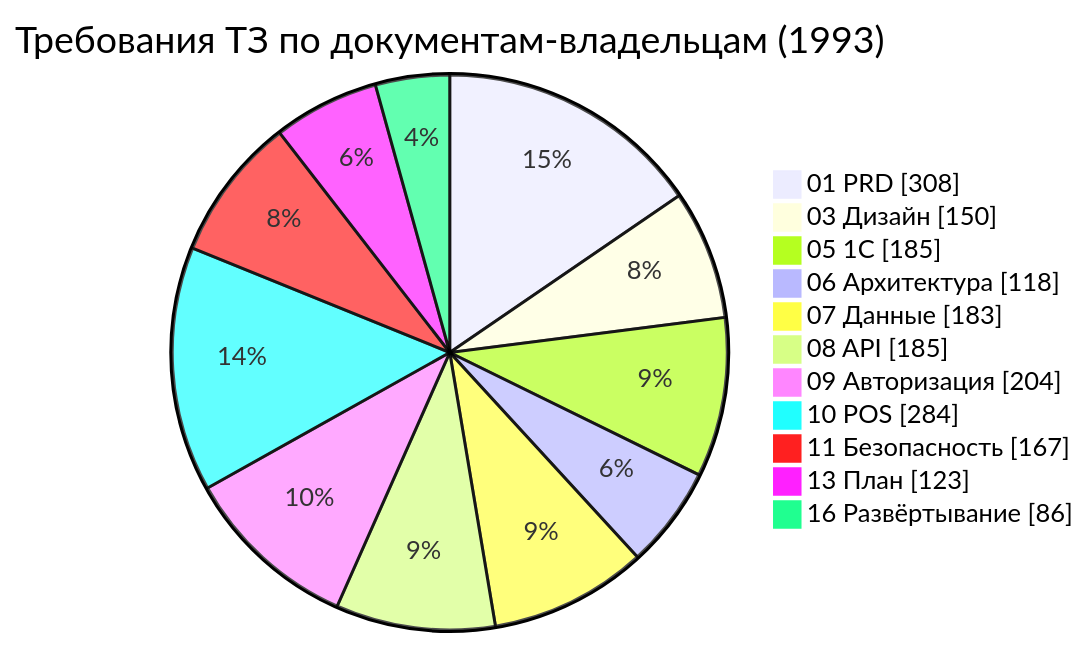
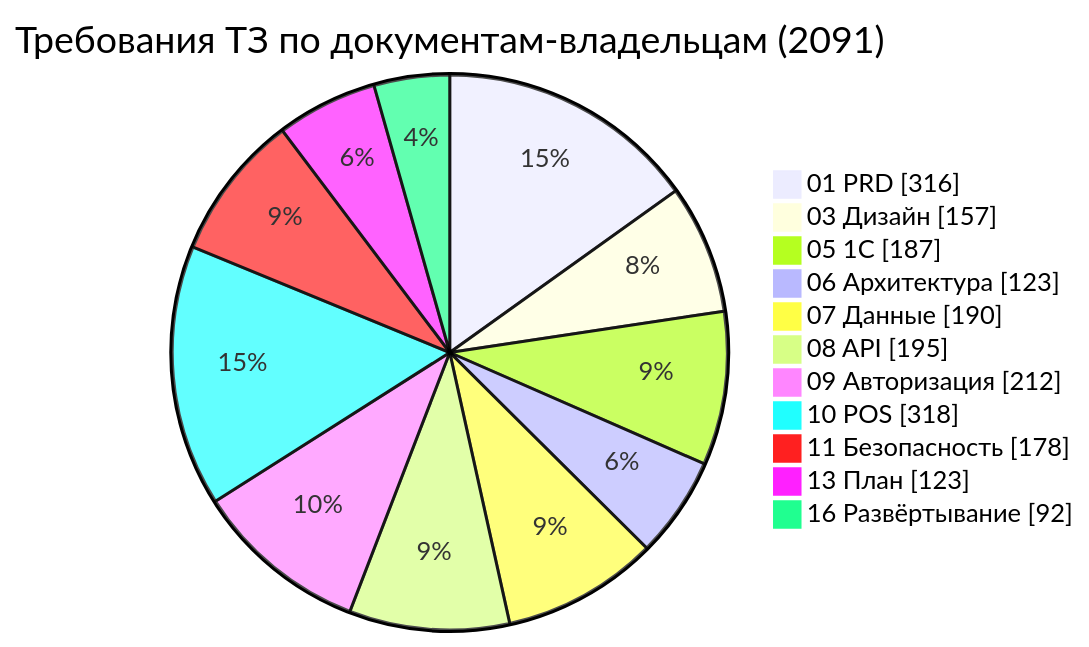
Before and after one commit to adhamjon100/optomstroy: the third of 3 diagrams in docs/specification/00_EXECUTIVE_SUMMARY.md, drawn with Mermaid. The commit also changed other lines of this file and 532 other files, not shown here.

````diff
--- a/docs/specification/00_EXECUTIVE_SUMMARY.md
+++ b/docs/specification/00_EXECUTIVE_SUMMARY.md
@@ -595,15 +607,15 @@
 ```mermaid
 pie showData
-  title Требования ТЗ по документам-владельцам (1993)
-  "01 PRD" : 308
-  "03 Дизайн" : 150
-  "05 1С" : 185
-  "06 Архитектура" : 118
-  "07 Данные" : 183
-  "08 API" : 185
-  "09 Авторизация" : 204
-  "10 POS" : 284
-  "11 Безопасность" : 167
+  title Требования ТЗ по документам-владельцам (2091)
+  "01 PRD" : 316
+  "03 Дизайн" : 157
+  "05 1С" : 187
+  "06 Архитектура" : 123
+  "07 Данные" : 190
+  "08 API" : 195
+  "09 Авторизация" : 212
+  "10 POS" : 318
+  "11 Безопасность" : 178
   "13 План" : 123
-  "16 Развёртывание" : 86
+  "16 Развёртывание" : 92
 ```
````
